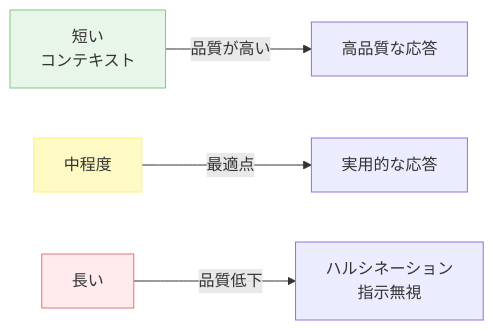
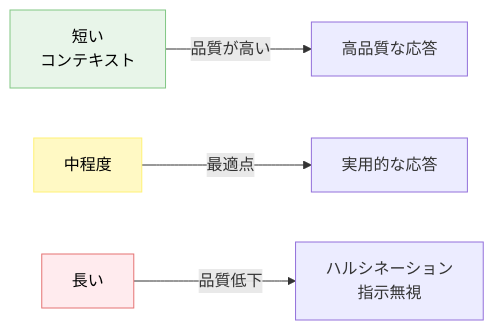
One commit to dinekt/dinekt-wiki changed the first of 2 diagrams in docs/concepts/コンテキストは有限で劣化する資源である.md. Above: the diagram before and after it, drawn with Mermaid. The commit also changed 71 other files, not shown here.

First line of the commit message:
fix: mermaid readability + remove GitHub repo toolbar

````diff
--- a/docs/concepts/コンテキストは有限で劣化する資源である.md
+++ b/docs/concepts/コンテキストは有限で劣化する資源である.md
@@ -23,10 +23,10 @@
 ```mermaid
 flowchart LR
     S[短い<br/>コンテキスト] -->|品質が高い| Q1[高品質な応答]
     M[中程度] -->|最適点| Q2[実用的な応答]
     L[長い] -->|品質低下| Q3[ハルシネーション<br/>指示無視]
 
-    style S fill:#e8f5e9,stroke:#81c784
-    style M fill:#fff9c4,stroke:#fff176
-    style L fill:#ffebee,stroke:#e57373
+    style S fill:#e8f5e9,stroke:#81c784,color:#000
+    style M fill:#fff9c4,stroke:#fff176,color:#000
+    style L fill:#ffebee,stroke:#e57373,color:#000
 ```
````
